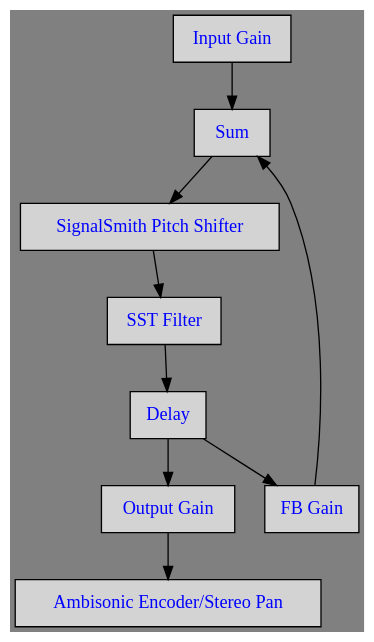
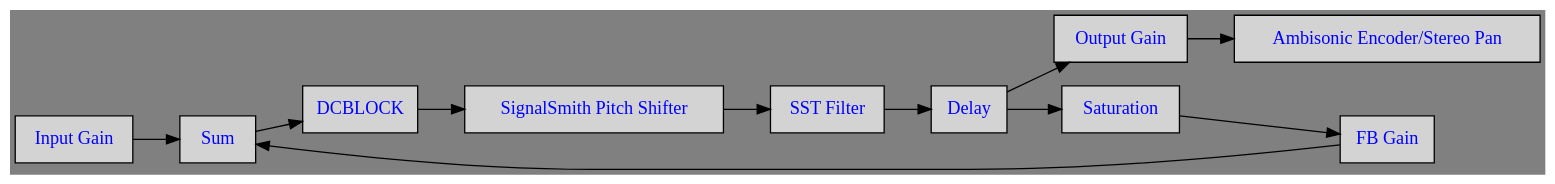
Before and after one commit to Xenakios/nephos: the diagram in src/octoshifter/sigchain.dot, drawn with Graphviz.

Commit message:
signal flow update

```diff
--- a/src/octoshifter/sigchain.dot
+++ b/src/octoshifter/sigchain.dot
@@ -1,8 +1,8 @@
 digraph G {
     bgcolor="gray"  
-    rankdir="TB" 
+    rankdir="LR" 
   node [margin=0.1 fontcolor=blue fontsize=14 width=0.8 shape=box style=filled]
-    "Input Gain"->"Sum"->"SignalSmith Pitch Shifter"->"SST Filter"->"Delay"
+    "Input Gain"->"Sum"->"DCBLOCK"->"SignalSmith Pitch Shifter"->"SST Filter"->"Delay"
     "Delay"->"Output Gain"->"Ambisonic Encoder/Stereo Pan"
-    "Delay"->"FB Gain"->"Sum"
+    "Delay"->"Saturation"->"FB Gain"->"Sum"
 }
```
